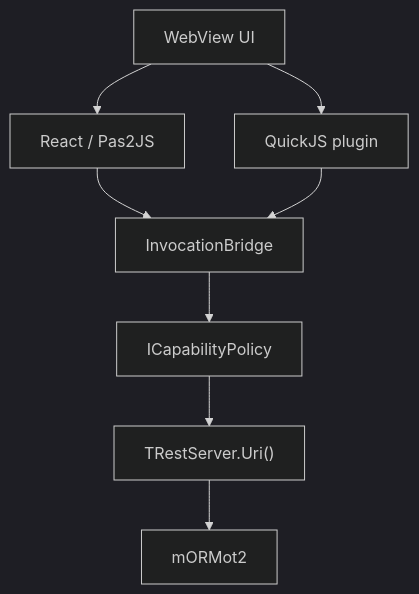
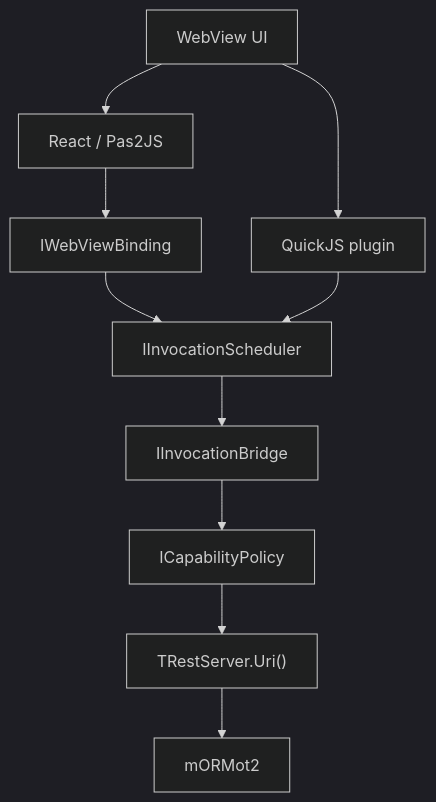
Diagram 12 of 16 in _bmad-output/specs/spec-pweb/architecture-diagrams.md (flydev-fr/pweb), drawn with Mermaid (dark theme) before and after one commit. The commit also changed other lines of this file and 8 other files, not shown here.

````diff
--- a/_bmad-output/specs/spec-pweb/architecture-diagrams.md
+++ b/_bmad-output/specs/spec-pweb/architecture-diagrams.md
@@ -140,10 +145,12 @@
 ```mermaid
 flowchart TD
     UI[WebView UI] --> RP["React / Pas2JS"]
     UI --> QJ[QuickJS plugin]
-    RP --> IB[InvocationBridge]
-    QJ --> IB
+    RP --> B[IWebViewBinding]
+    B --> SCH[IInvocationScheduler]
+    QJ --> SCH
+    SCH --> IB[IInvocationBridge]
     IB --> CP[ICapabilityPolicy]
     CP --> U["TRestServer.Uri()"]
     U --> M[mORMot2]
 ```
````
